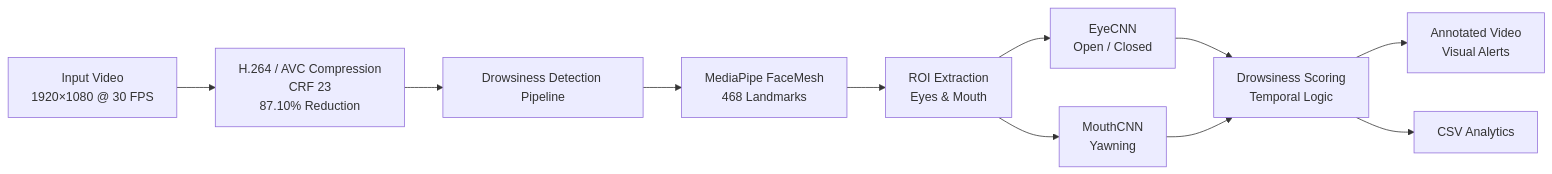
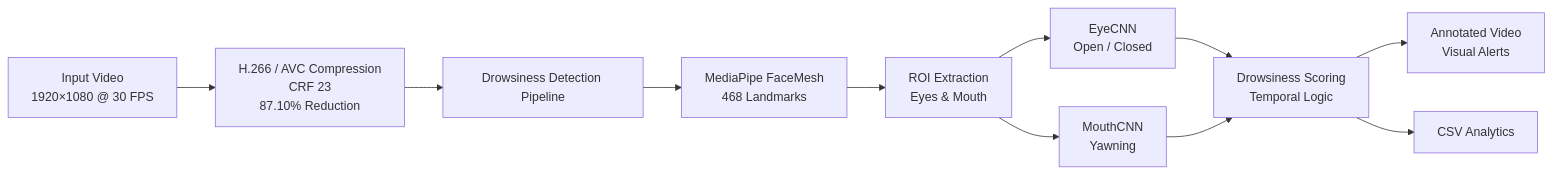
Before and after one commit to AthithyaKrishnaa/H.264-Compression-Drowsiness-detection-CNN: the diagram in README.md, drawn with Mermaid. The commit also changed other lines of this file, not shown here.

`````diff
--- a/README.md
+++ b/README.md
@@ -33,17 +33,17 @@
 ```mermaid
 flowchart LR
-    A[Input Video<br/>1920×1080 @ 30 FPS] --> B[H.264 / AVC Compression<br/>CRF 23<br/>87.10% Reduction]
+    A[Input Video<br/>1920×1080 @ 30 FPS] --> B[H.266 / AVC Compression<br/>CRF 23<br/>87.10% Reduction]
     B --> C[Drowsiness Detection Pipeline]
 
     C --> D[MediaPipe FaceMesh<br/>468 Landmarks]
     D --> E[ROI Extraction<br/>Eyes & Mouth]
 
     E --> F[EyeCNN<br/>Open / Closed]
     E --> G[MouthCNN<br/>Yawning]
 
     F --> H[Drowsiness Scoring<br/>Temporal Logic]
     G --> H
 
     H --> I[Annotated Video<br/>Visual Alerts]
     H --> J[CSV Analytics]
 ````
`````
